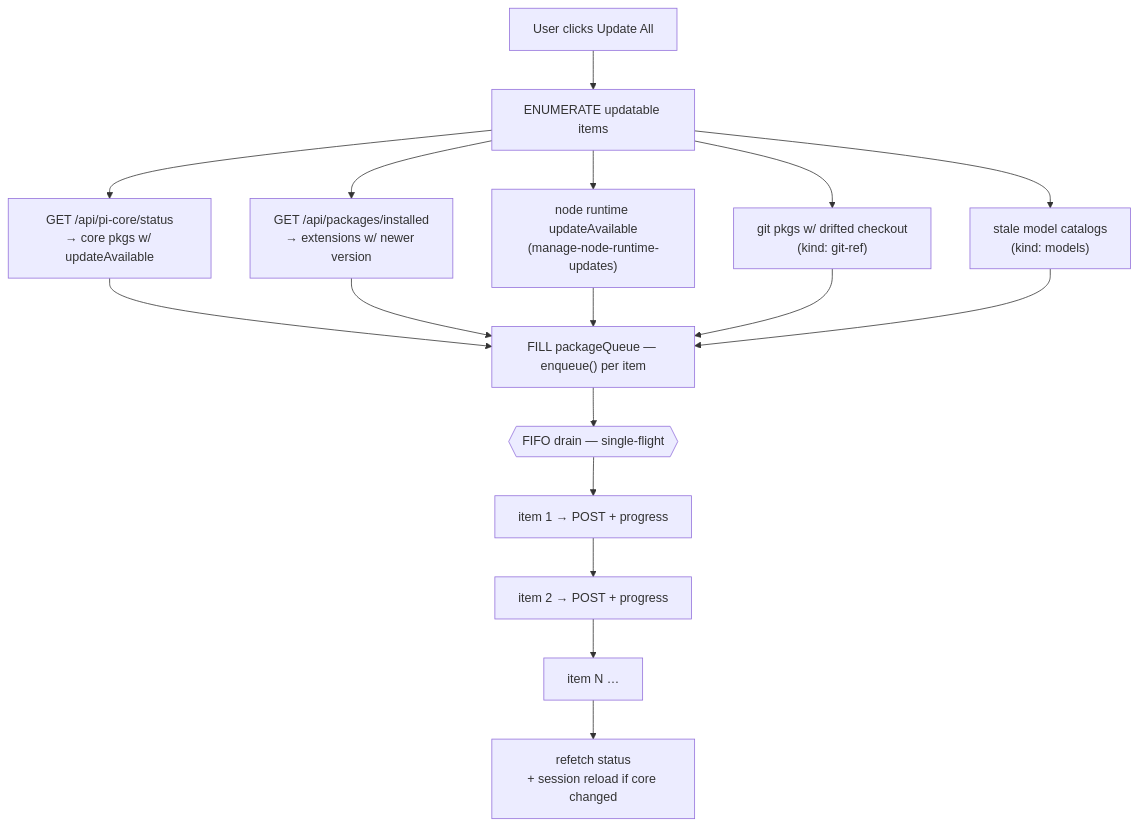
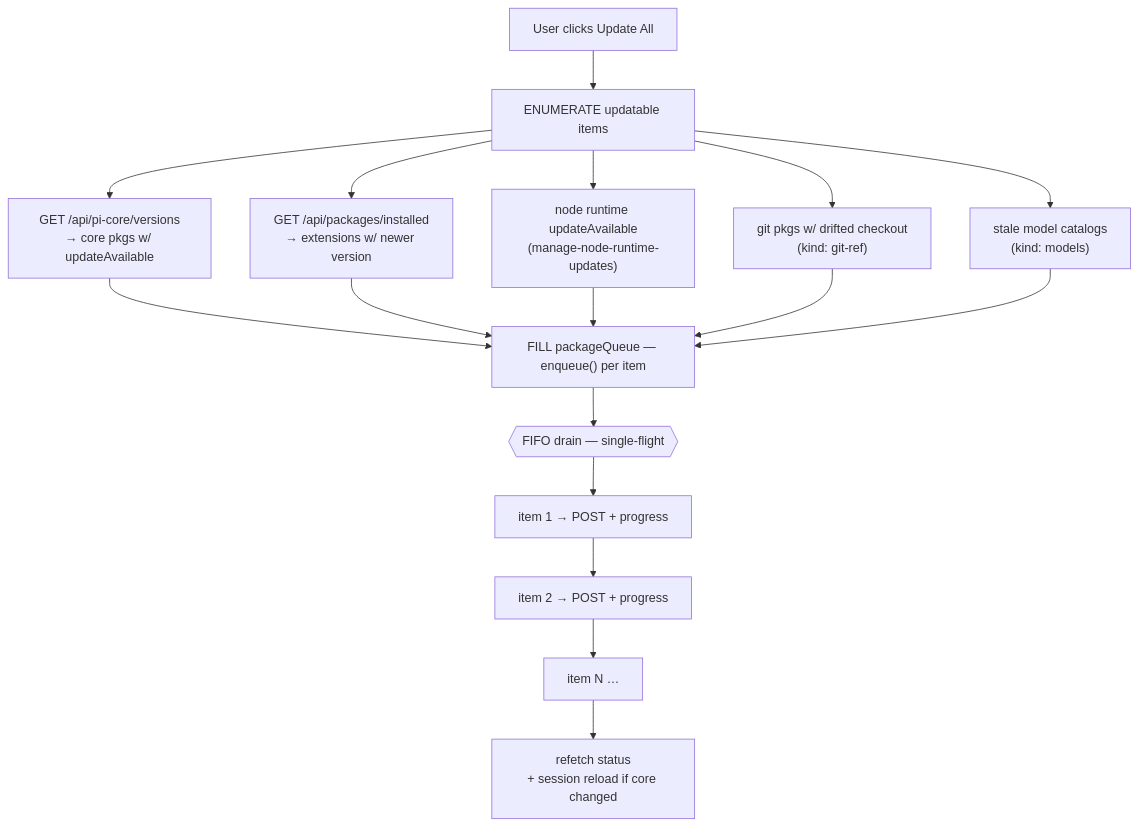
The diagram in openspec/changes/unify-pi-core-into-package-queue/design.md (BlackBeltTechnology/pi-agent-dashboard), drawn with Mermaid before and after one commit. The commit also changed other lines of this file and 14 other files, not shown here.

````diff
--- a/openspec/changes/unify-pi-core-into-package-queue/design.md
+++ b/openspec/changes/unify-pi-core-into-package-queue/design.md
@@ -246,15 +255,15 @@
 ```mermaid
 flowchart TD
     A["User clicks Update All"] --> B["ENUMERATE updatable items"]
-    B --> B1["GET /api/pi-core/status<br/>→ core pkgs w/ updateAvailable"]
+    B --> B1["GET /api/pi-core/versions<br/>→ core pkgs w/ updateAvailable"]
     B --> B2["GET /api/packages/installed<br/>→ extensions w/ newer version"]
     B --> B3["node runtime updateAvailable<br/>(manage-node-runtime-updates)"]
     B --> B4["git pkgs w/ drifted checkout<br/>(kind: git-ref)"]
     B --> B5["stale model catalogs<br/>(kind: models)"]
     B1 & B2 & B3 & B4 & B5 --> C["FILL packageQueue — enqueue() per item"]
     C --> D{{"FIFO drain — single-flight"}}
     D --> E1["item 1 → POST + progress"]
     E1 --> E2["item 2 → POST + progress"]
     E2 --> E3["item N …"]
     E3 --> F["refetch status<br/>+ session reload if core changed"]
 ```
````
